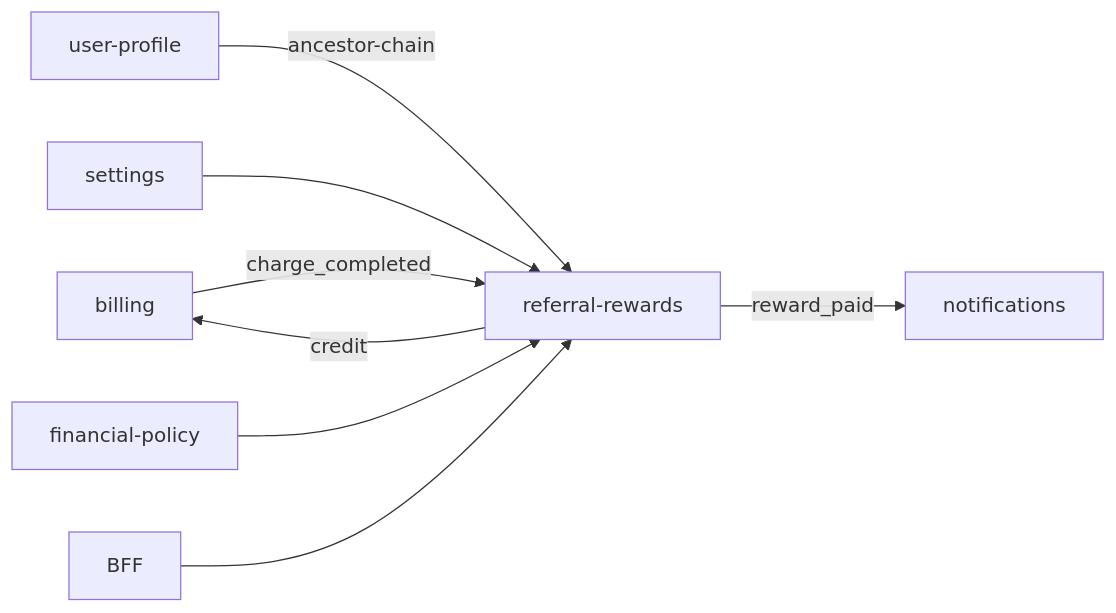
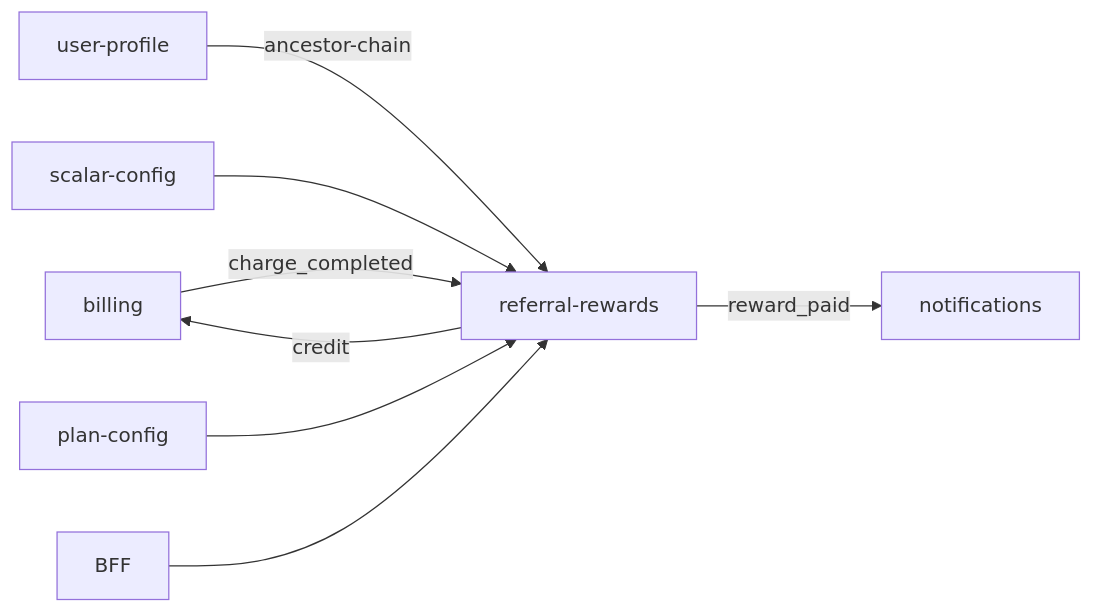
Before and after one commit to andrewb76/tavrida: the diagram in docs/05-microservices/referral-rewards/README.md, drawn with Mermaid. The commit also changed other lines of this file and 86 other files, not shown here.

First line of the commit message:
docs(config): align on plan-config/scalar-config and semantic plan keys.

````diff
--- a/docs/05-microservices/referral-rewards/README.md
+++ b/docs/05-microservices/referral-rewards/README.md
@@ -298,10 +298,10 @@
 ```mermaid
 flowchart LR
     BILL[billing] -->|charge_completed| RR[referral-rewards]
     UP[user-profile] -->|ancestor-chain| RR
-    SET[settings] --> RR
-    FP[financial-policy] --> RR
+    SET[scalar-config] --> RR
+    PC[plan-config] --> RR
     RR -->|credit| BILL
     RR -->|reward_paid| NOTIF[notifications]
     BFF --> RR
 ```
````
